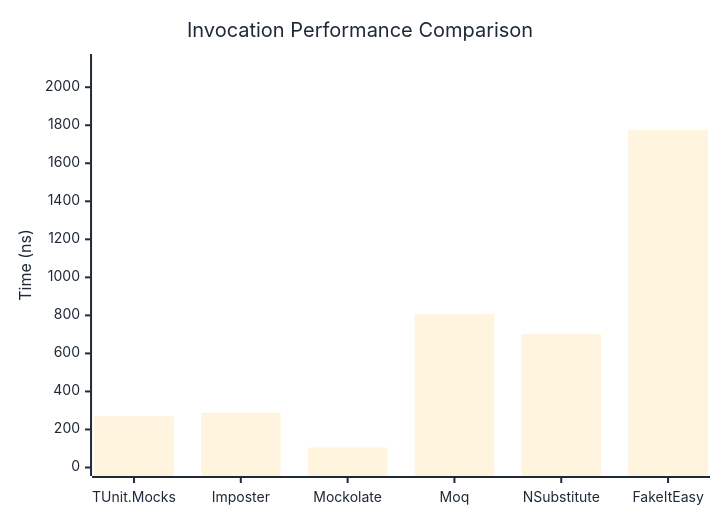
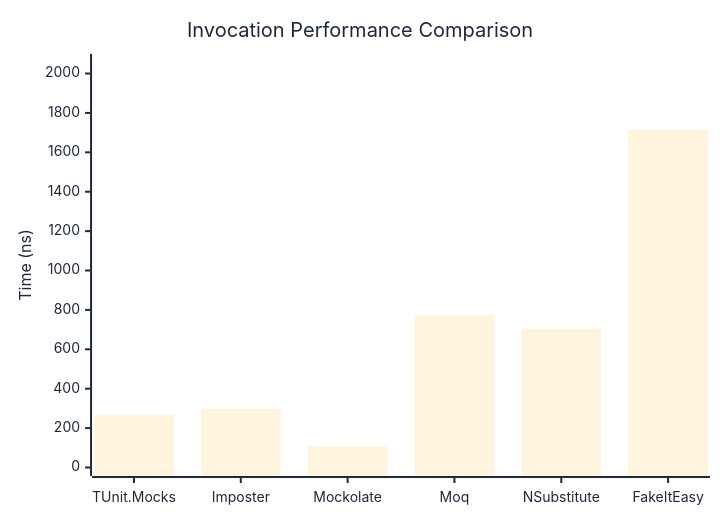
One commit to thomhurst/TUnit changed the first of 3 diagrams in docs/docs/benchmarks/mocks/Invocation.md. Above: the diagram before and after it, drawn with Mermaid. The commit also changed other lines of this file and 14 other files, not shown here.

````diff
--- a/docs/docs/benchmarks/mocks/Invocation.md
+++ b/docs/docs/benchmarks/mocks/Invocation.md
@@ -30,27 +30,27 @@
 ```mermaid
 %%{init: {
   'theme':'base',
   'themeVariables': {
     'primaryColor': '#2563eb',
     'primaryTextColor': '#1f2937',
     'primaryBorderColor': '#1e40af',
     'lineColor': '#6b7280',
     'secondaryColor': '#7c3aed',
     'tertiaryColor': '#dc2626',
     'background': '#ffffff',
     'pie1': '#2563eb',
     'pie2': '#7c3aed',
     'pie3': '#dc2626',
     'pie4': '#f59e0b',
     'pie5': '#10b981',
     'pie6': '#06b6d4',
     'pie7': '#ec4899',
     'pie8': '#6366f1'
   }
 }}%%
 xychart-beta
   title "Invocation Performance Comparison"
   x-axis ["TUnit.Mocks", "Imposter", "Mockolate", "Moq", "NSubstitute", "FakeItEasy"]
-  y-axis "Time (ns)" 0 --> 2130
-  bar [269.6, 287.6, 105.6, 806.9, 701.7, 1774.9]
+  y-axis "Time (ns)" 0 --> 2056
+  bar [267.1, 296.81, 106.17, 774.65, 704.56, 1712.99]
 ```
````
